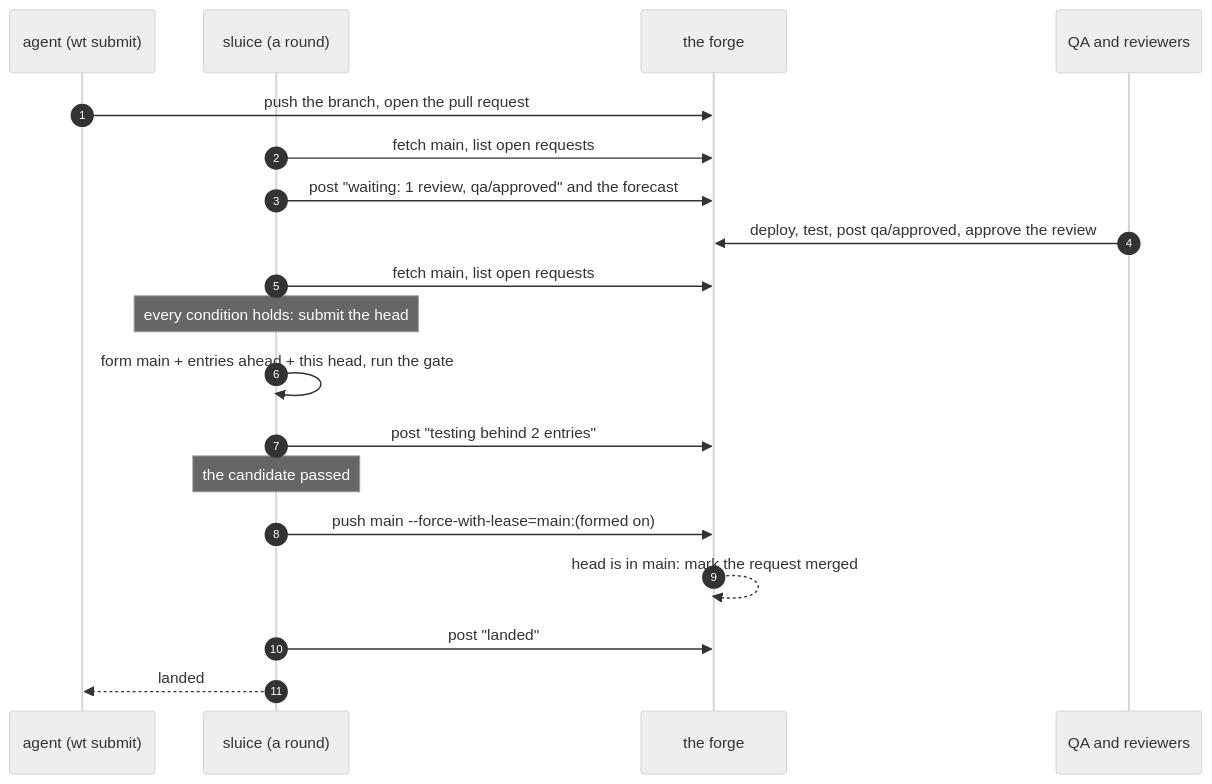
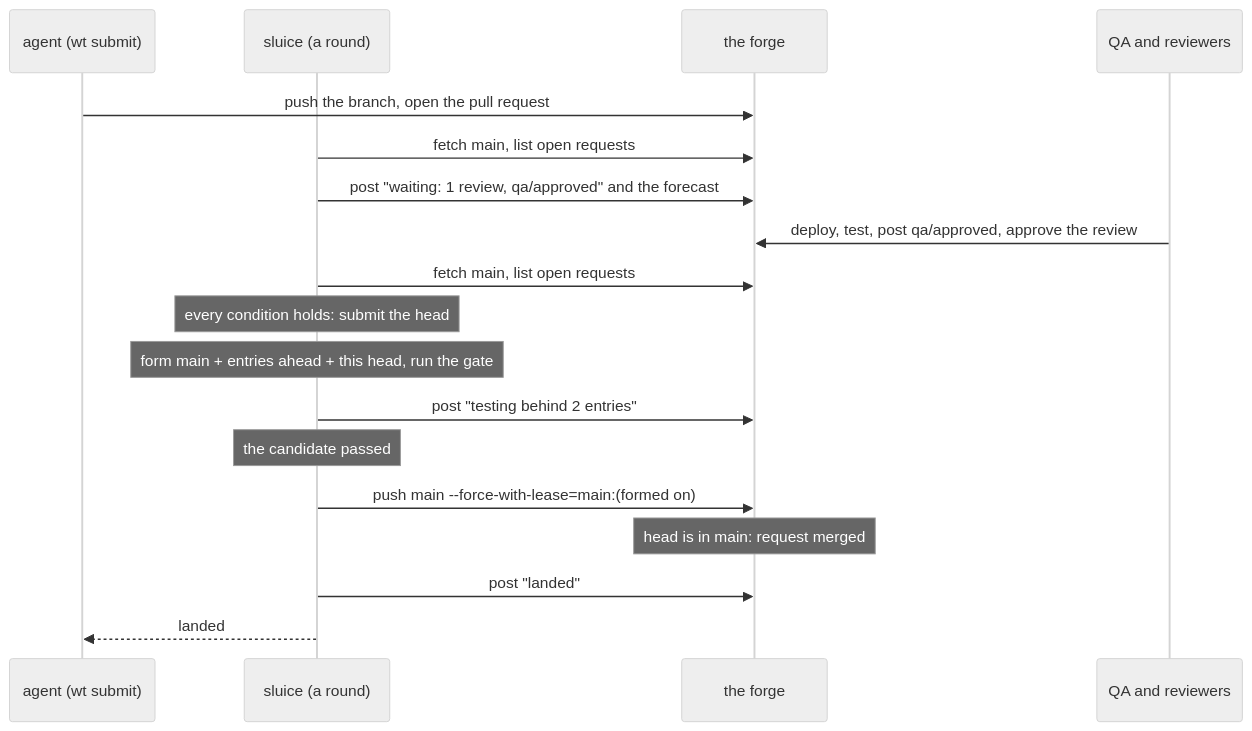
Before and after one commit to agentplot/blueprints: the third of 5 diagrams in books/sluice/src/pull-requests.md, drawn with Mermaid (neutral theme).

Commit message:
docs(sluice): the sequence diagram without numbers or arrows to itself

````diff
--- a/books/sluice/src/pull-requests.md
+++ b/books/sluice/src/pull-requests.md
@@ -90,21 +90,20 @@
 ```mermaid
 sequenceDiagram
-    autonumber
     participant A as agent (wt submit)
     participant S as sluice (a round)
     participant G as the forge
     participant Q as QA and reviewers
     A->>G: push the branch, open the pull request
     S->>G: fetch main, list open requests
     S->>G: post "waiting: 1 review, qa/approved" and the forecast
     Q->>G: deploy, test, post qa/approved, approve the review
     S->>G: fetch main, list open requests
     Note over S: every condition holds: submit the head
-    S->>S: form main + entries ahead + this head, run the gate
+    Note over S: form main + entries ahead + this head, run the gate
     S->>G: post "testing behind 2 entries"
     Note over S: the candidate passed
     S->>G: push main --force-with-lease=main:(formed on)
-    G-->>G: head is in main: mark the request merged
+    Note over G: head is in main: request merged
     S->>G: post "landed"
     S-->>A: landed
 ```
````
